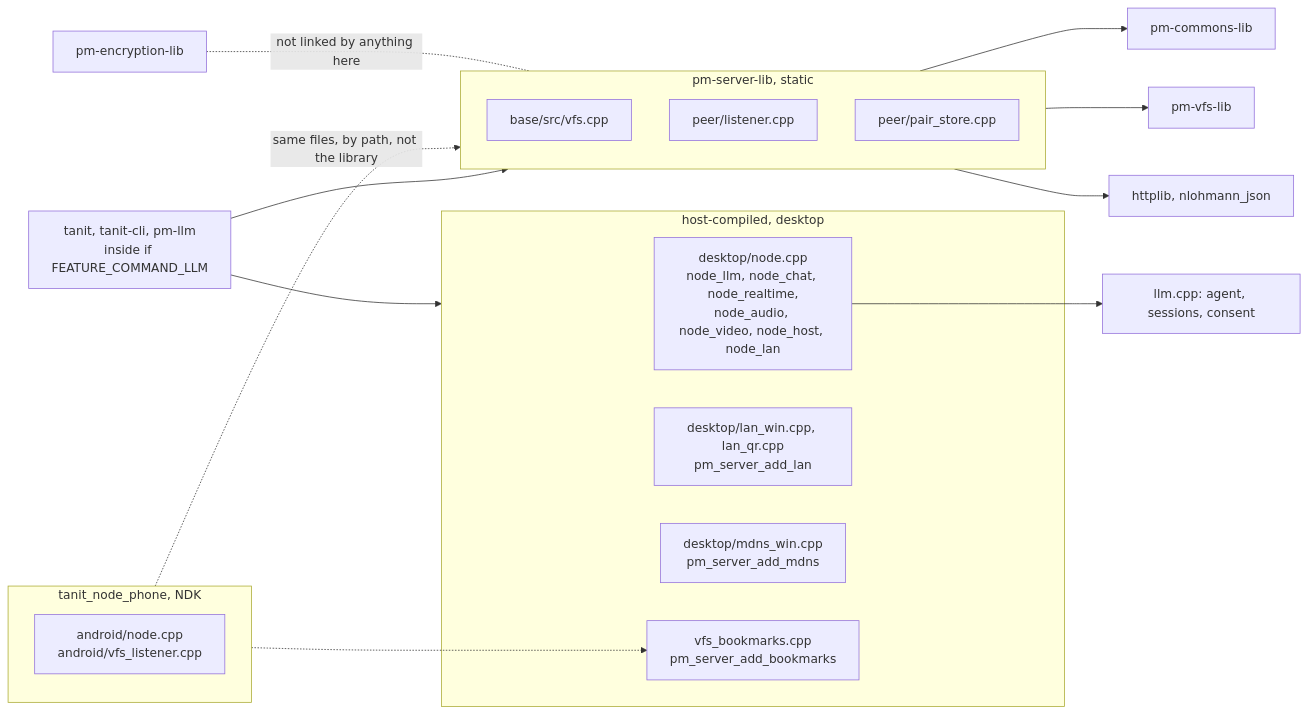
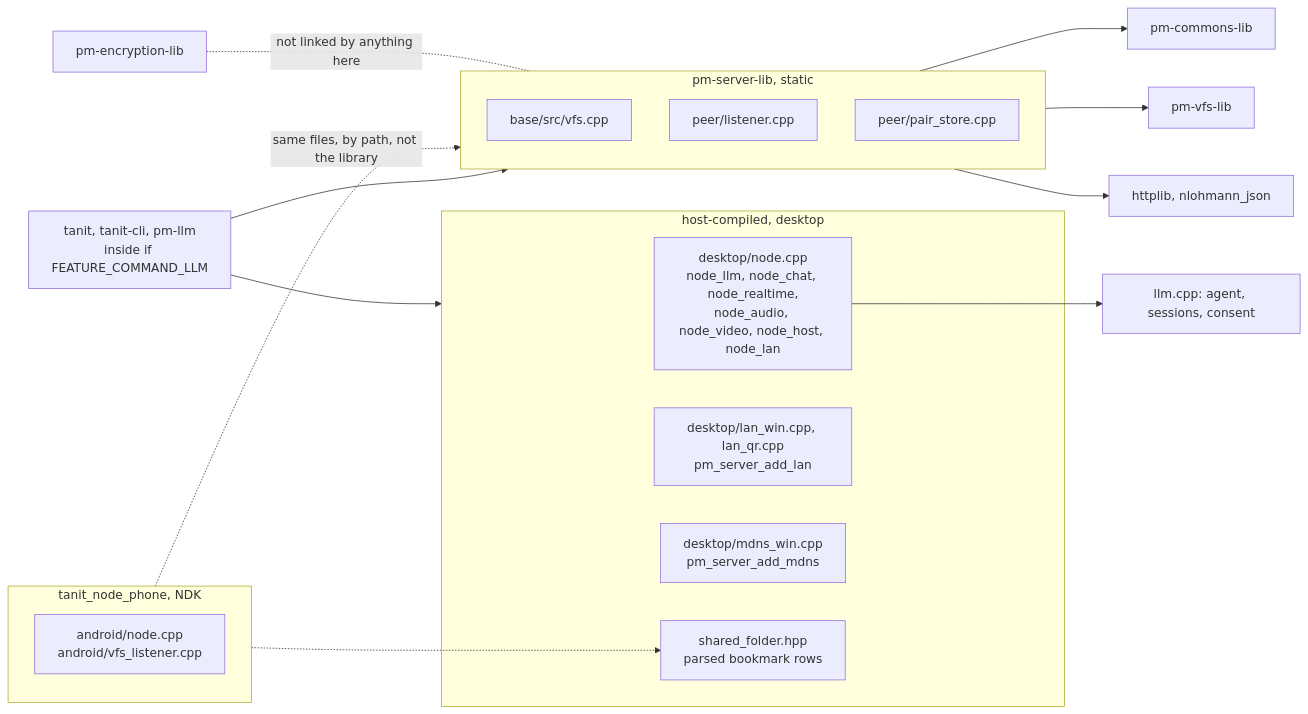
One commit to polymech-info/server.cpp changed the first of 9 diagrams in docs/node-today.md. Above: the diagram before and after it, drawn with Mermaid. The commit also changed 30 other files, not shown here.

````diff
--- a/docs/node-today.md
+++ b/docs/node-today.md
@@ -23,29 +23,29 @@
 ```mermaid
 flowchart LR
     subgraph lib["pm-server-lib, static"]
         V["base/src/vfs.cpp"]
         L["peer/listener.cpp"]
         P["peer/pair_store.cpp"]
     end
     subgraph desk["host-compiled, desktop"]
         N["desktop/node.cpp<br/>node_llm, node_chat, node_realtime,<br/>node_audio, node_video, node_host, node_lan"]
         W["desktop/lan_win.cpp, lan_qr.cpp<br/>pm_server_add_lan"]
         M["desktop/mdns_win.cpp<br/>pm_server_add_mdns"]
-        B["vfs_bookmarks.cpp<br/>pm_server_add_bookmarks"]
+        B["shared_folder.hpp<br/>parsed bookmark rows"]
     end
     subgraph phone["tanit_node_phone, NDK"]
         A["android/node.cpp<br/>android/vfs_listener.cpp"]
     end
 
     T["tanit, tanit-cli, pm-llm<br/>inside if FEATURE_COMMAND_LLM"]
     T --> lib
     T --> desk
     phone -. "same files, by path, not the library" .-> lib
     phone -.-> B
     lib --> C["pm-commons-lib"]
     lib --> S["pm-vfs-lib"]
     lib --> H["httplib, nlohmann_json"]
     N --> LLM["llm.cpp: agent, sessions, consent"]
     E["pm-encryption-lib"]
     E -. "not linked by anything here" .- lib
 ```
````
